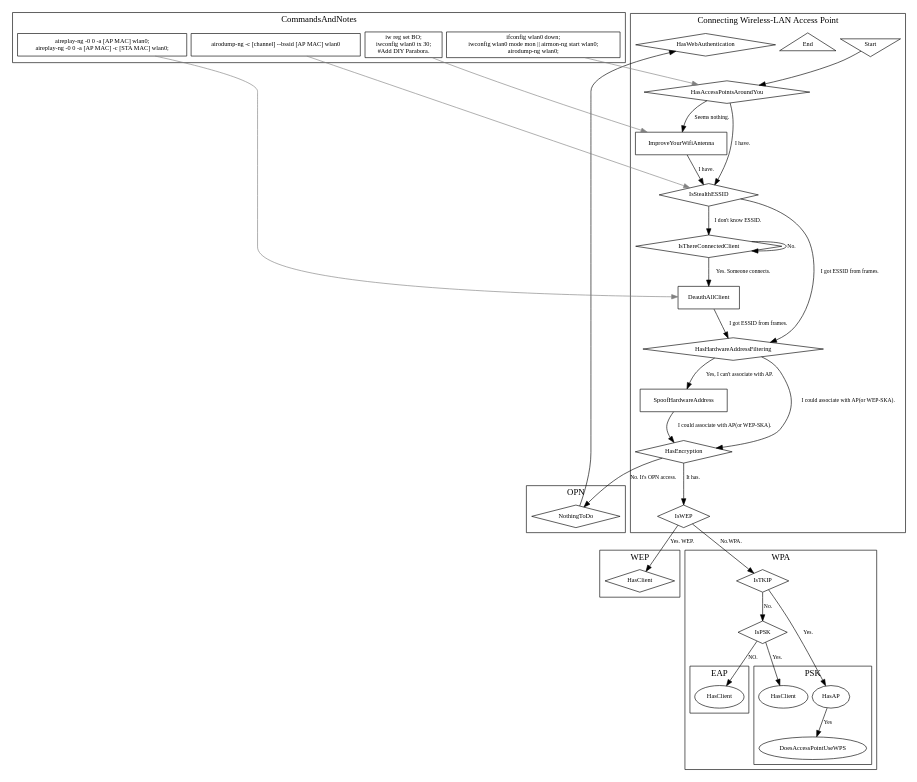
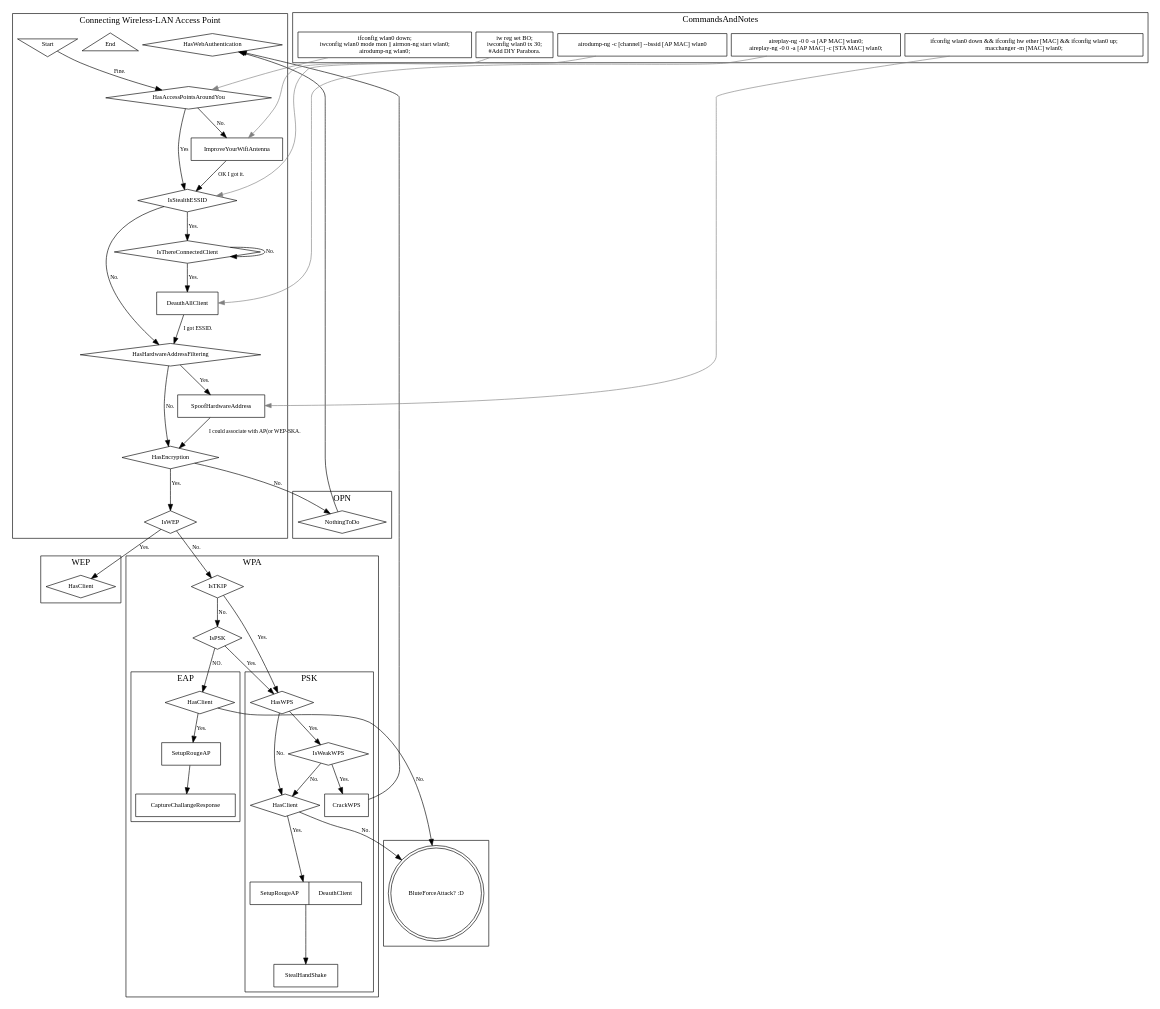
One commit to syakesaba/wlan changed the diagram in flow.dot. Above: the diagram before and after it, drawn with Graphviz. The commit also changed 1 other file, not shown here.

```diff
--- a/flow.dot
+++ b/flow.dot
@@ -1,156 +1,171 @@
 /*
 Graphviz - DOT language writing!
 $dot -Tsvg this.dot -o this.svg
 */
 digraph Diagram {
     //PROFILE [label = "written by SYA-KE", shape=none];
     nodesep=0.1;
     node [fontsize=10];
     edge [fontsize=9];
+    subgraph clusterFail {
+        node [shape=doublecircle];
+        Impossible [label="BluteForceAttack? :D"];
+    }
     subgraph clusterOPN{
         label = "OPN";
         subgraph OPN_N_If {
-            node [shape=diamond]
+            node [shape=diamond];
             NothingToDo;
         }
         subgraph OPN_Flow {
         }
     }
     subgraph clusterWEP {
         label = "WEP";
         subgraph WEP_N_If {
-            node [shape=diamond]
+            node [shape=diamond];
             HasClient_WEP [label="HasClient"];
         }
         subgraph WEP_Flow {
         }
     }
     subgraph clusterWPA {
         label = "WPA";
         subgraph WPA_N_If {
-            node [shape=diamond]
+            node [shape=diamond];
             IsTKIP;
             IsPSK;
+            HasWPS_PSK [label="HasWPS",URL="http://code.google.com/p/reaver-wps/source/browse/trunk/docs/README.WASH?r=87"];
+            HasClient_EAP [label="HasClient"];
         }
         subgraph WPA_Flow {
-            IsTKIP -> HasAP_PSK [label="Yes."];
+            IsTKIP -> HasWPS_PSK [label="Yes."];
             IsTKIP -> IsPSK [label="No."];
             //IsTKIP -> KobeCrack [label="gain xor -> sniff and forge packets(do XOR each transaction)"]
-            IsPSK -> HasClient_PSK [label="Yes."];
+            IsPSK -> HasWPS_PSK [label="Yes."];
             IsPSK -> HasClient_EAP [label="NO."];
         }
         subgraph clusterPSK {
             label = "PSK";
             subgraph PSK_N_If {
+                node [shape=diamond];
                 HasClient_PSK [label="HasClient"];
-                HasAP_PSK [label="HasAP"];
-                HasAP_WPS_PSK [label="DoesAccessPointUseWPS"];
+                IsWeakWPS [URL="https://scotthelme.co.uk/wifi-insecurity-wps/"];
             }
-            subgraph PSK_N_Flow {
-                HasAP_PSK -> HasAP_WPS_PSK [label="Yes"];
-                //HasAP_PSK -> HasClient_PSK [label="Yes"];
-                //HasClient_PSK -> HasAP_PSK [label="Yes."];
-                //HasClient_PSK -> HasAP_PSK [label="No."]
+            subgraph PSK_N_Do {
+                node [shape=box];
+                SetupRougeAccessPointOrDeauthClient [shape=record,label="SetupRougeAP|DeauthClient"];
+                StealHandShake;
+                CrackWPS [URL="http://lifehacker.com/5873407/how-to-crack-a-wi-fi-networks-wpa-password-with-reaver"];
+            }
+            subgraph PSK_Flow {
+                HasWPS_PSK -> IsWeakWPS [label="Yes."];
+                IsWeakWPS -> CrackWPS [label="Yes."]
+                IsWeakWPS -> HasClient_PSK [label="No."]
+                HasWPS_PSK -> HasClient_PSK [label="No."];
+                HasClient_PSK -> SetupRougeAccessPointOrDeauthClient [label="Yes."];
+                HasClient_PSK -> Impossible [label="No."];
+                SetupRougeAccessPointOrDeauthClient -> StealHandShake;
             }
         }
         subgraph clusterEAP {
             label = "EAP";
-            HasClient_EAP [label="HasClient"];
+            subgraph EAP_N_If {
+                node [shape=diamond];
+            }
+            subgraph EAP_N_Do {
+                node [shape=box];
+                SetupRougeAP;
+                CaptureChallangeResponse;
+            }
+            subgraph EAP_Flow {
+                HasClient_EAP -> SetupRougeAP [label="Yes."];
+                HasClient_EAP -> Impossible [label="No."]
+                SetupRougeAP -> CaptureChallangeResponse;
+            }
         }
     }
     subgraph clusterMain {
         label = "Connecting Wireless-LAN Access Point";
         subgraph N_Start {
             node [shape=invtriangle];
             Start;
         }
         subgraph N_End {
             node [shape=triangle];
             End;
         }
         subgraph Nodes {
             subgraph N_Do {
                 node [shape=box];
                 ImproveYourWifiAntenna [URL="http://www.instructables.com/id/DIY-WIFI-Antenna-Reception-Booster/"];
                 DeauthAllClient [URL="http://www.aircrack-ng.org/doku.php?id=deauthentication"];
                 SpoofHardwareAddress [URL="http://www.securethelock.com/2013/12/03/how-to-bypass-mac-address-filtering-using-backtrackkali-linux/"]
             }
             subgraph N_If {
                 node [shape=diamond];
                 HasAccessPointsAroundYou [URL="http://www.aircrack-ng.org/doku.php?id=airodump-ng"];
                 IsStealthESSID [URL="http://securitysynapse.blogspot.jp/2014/01/wireless-pentesting-on-cheap-kali-hiddenSSID.html"];
                 IsThereConnectedClient [URL="http://blackhat6969.blogspot.jp/2012/09/down-and-dirty-wifi-cracking-with.html"];
                 HasHardwareAddressFiltering [URL="http://synjunkie.blogspot.jp/2007/12/bypass-hidden-ssid-mac-address-filter.html"];
                 HasEncryption [URL="http://www.dummies.com/how-to/content/wireless-security-protocols-wep-wpa-and-wpa2.html"];
                 HasWebAuthentication [URL="http://www.slideshare.net/support_cyberoam/hotspot-authentication"];
                 IsWEP [URL="http://www.howtogeek.com/167783/htg-explains-the-difference-between-wep-wpa-and-wpa2-wireless-encryption-and-why-it-matters/"];
             }
         }
         subgraph Flow {
-            Start -> HasAccessPointsAroundYou;
-            {HasAccessPointsAroundYou ImproveYourWifiAntenna} -> IsStealthESSID [label="I have."];
-            HasAccessPointsAroundYou -> ImproveYourWifiAntenna [label="Seems nothing."];
-            IsStealthESSID -> IsThereConnectedClient [label="I don't know ESSID."];
-            IsThereConnectedClient -> DeauthAllClient [label="Yes. Someone connects."];
+            Start -> HasAccessPointsAroundYou [label="Fine."];
+            HasAccessPointsAroundYou -> IsStealthESSID [label="Yes"]
+            HasAccessPointsAroundYou -> ImproveYourWifiAntenna [label="No."];
+            ImproveYourWifiAntenna -> IsStealthESSID [label="OK I got it."];
+            IsStealthESSID -> IsThereConnectedClient [label="Yes."];
+            IsThereConnectedClient -> DeauthAllClient [label="Yes."];
             IsThereConnectedClient -> IsThereConnectedClient [label="No."];
-            {IsStealthESSID DeauthAllClient } -> HasHardwareAddressFiltering [label="I got ESSID from frames."]
-            HasHardwareAddressFiltering -> SpoofHardwareAddress [label="Yes, I can't associate with AP."]
-            {HasHardwareAddressFiltering SpoofHardwareAddress} -> HasEncryption [label="I could associate with AP(or WEP-SKA)."]
-
-            HasEncryption -> NothingToDo [label="No. It's OPN access."]
+            IsStealthESSID -> HasHardwareAddressFiltering [label="No."];
+            DeauthAllClient -> HasHardwareAddressFiltering [label="I got ESSID."]
+            HasHardwareAddressFiltering -> SpoofHardwareAddress [label="Yes."]
+            HasHardwareAddressFiltering -> HasEncryption [label="No."];
+            SpoofHardwareAddress -> HasEncryption [label="I could associate with AP(or WEP-SKA."]
+            HasEncryption -> NothingToDo [label="No."]
             //goto clusterOPN
 
-            HasEncryption -> IsWEP [label="It has."];
-            IsWEP -> HasClient_WEP [label="Yes. WEP."];
+            HasEncryption -> IsWEP [label="Yes."];
+            IsWEP -> HasClient_WEP [label="Yes."];
             //goto clusterWEP
 
-            IsWEP -> IsTKIP [label="No.WPA."];
+            IsWEP -> IsTKIP [label="No."];
             //goto clusterWPA
 
-            //backfrom OPN/WEP/WPA
-            NothingToDo -> HasWebAuthentication;
+            //back from OPN
+            NothingToDo -> HasWebAuthentication [label=""];
+            //back from WPA
+            CrackWPS -> HasWebAuthentication [label=""];
         }
     }
     subgraph clusterCommands {
         label = "CommandsAndNotes";
         subgraph Nt_Command {
             node [shape=box];
             HasAccessPointsAroundYouCommand [label="ifconfig wlan0 down;\niwconfig wlan0 mode mon || airmon-ng start wlan0;\nairodump-ng wlan0;\n"];
             ImproveYourWifiAntennaCommand [label="iw reg set BO;\niwconfig wlan0 tx 30;\n#Add DIY Parabora."];
             IsStealthESSIDCommand [label="airodump-ng -c [channel] --bssid [AP MAC] wlan0"]
             DeauthAllClientCommand [label="aireplay-ng -0 0 -a [AP MAC] wlan0;\naireplay-ng -0 0 -a [AP MAC] -c [STA MAC] wlan0;"];
+            SpoofHardwareAddressCommand [label="ifconfig wlan0 down && ifconfig hw ether [MAC] && ifconfig wlan0 up;\nmacchanger -m [MAC] wlan0;"]
         }
         subgraph Nt_Flow {
             edge [color=gray];
             HasAccessPointsAroundYouCommand -> HasAccessPointsAroundYou;
             ImproveYourWifiAntennaCommand -> ImproveYourWifiAntenna;
             IsStealthESSIDCommand -> IsStealthESSID;
             DeauthAllClientCommand -> DeauthAllClient;
+            SpoofHardwareAddressCommand -> SpoofHardwareAddress;
         }
     }
 }
-        //subgraph clusterFlow {
-        /*
-        subgraph Flow {
-            IcapRequest -> IsREQMOD [label="ICAP Request From Proxy"];
-            {IsREQMOD -> IsRESPMOD [label="no"]} -> IsHTTP [label="yes"];
-
-            IsHTTP -> IsHTTPResponse [label="yes"];
-
-            IsHTTPResponse -> IsHTTPRequest [label="no"];
-            IsHTTPResponse -> HasCanariaCookie [label="yes"];
-            HasCanariaCookie -> SetCanariaCookie [label="no"];
-            HasCanariaCookie -> 204 [label="yes"];
-            SetCanariaCookie -> 200 [label="mod please"];
-
-            IsHTTPRequest -> CheckURL_ModSecurity_Canaria [label="yes"];
-            {CheckURL_ModSecurity_Canaria -> CheckBody_ModSecurity_Canaria [label="OK"]} -> 403 [label="XSS!"];
-            CheckBody_ModSecurity_Canaria -> 204 [label="OK"];
-
-            {IsRESPMOD IsHTTP IsHTTPRequest} -> 204 [label="Exception"];//OPTIONS, etc..
-            {rank=same; 200 204 403} -> IcapResponse [label="ICAP Response to Proxy"];//同じ階層に
-        }
-        //{edge[style=invis];
-            //{IcapRequest} -> {IcapResponse};
-        //}
-        */
+/*
+MEMO:
+{rank=same; 200 204 403} -> Test
+//{edge[style=invis];
+    //{Test} -> {Test};
+//}
+*/
```
